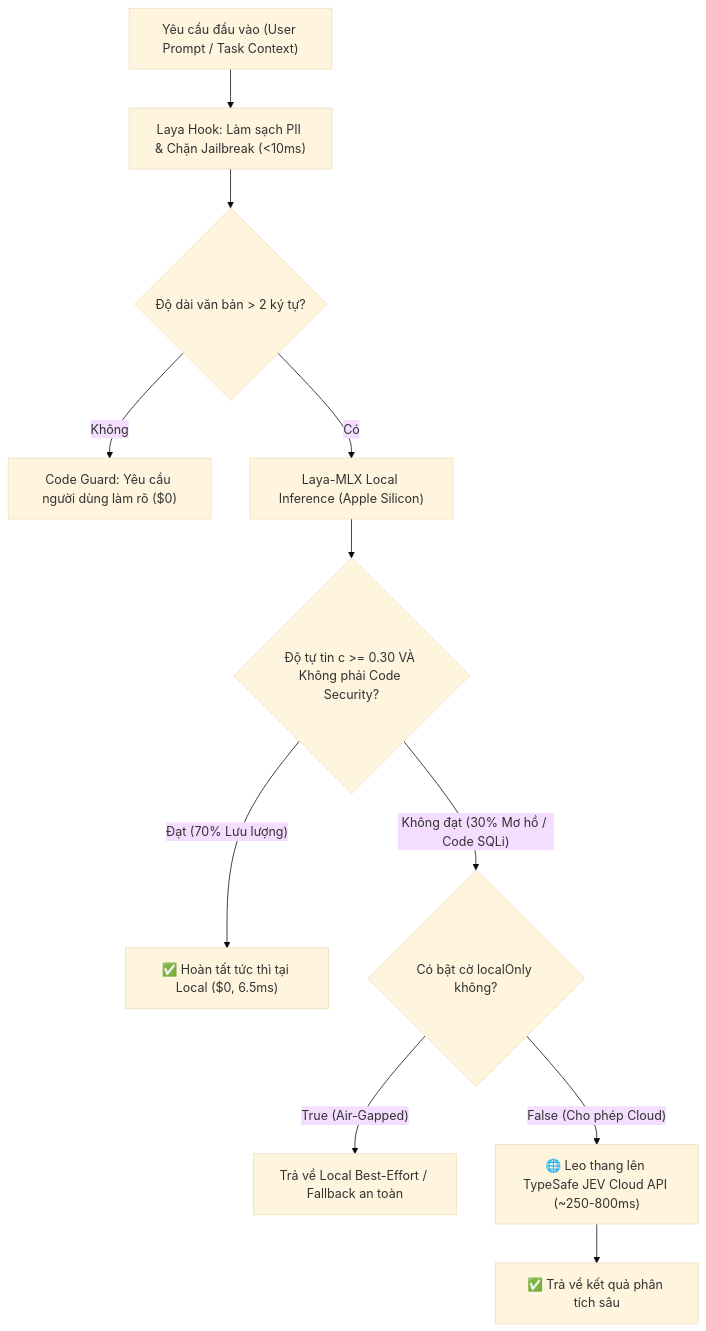
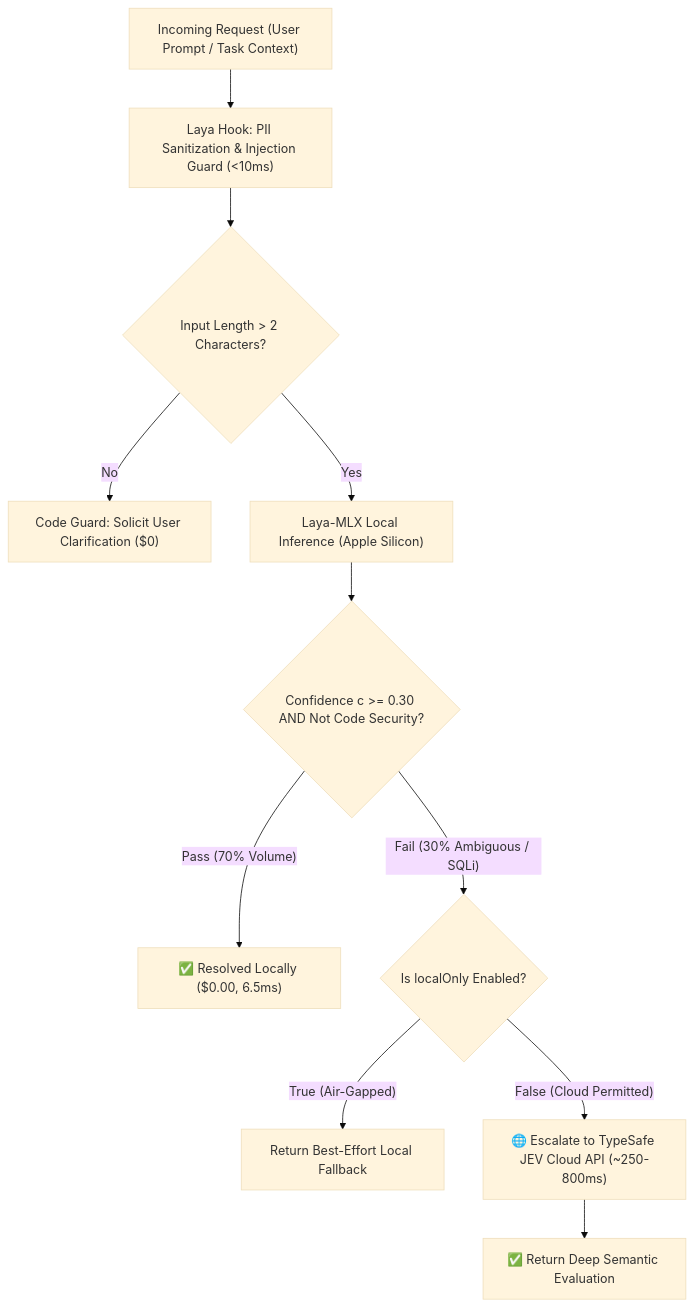
The third of 4 diagrams in docs/case-study.md (jangtrinh/design-os-system-one), drawn with Mermaid (base theme) before and after one commit. The commit also changed other lines of this file and 261 other files, not shown here.

Commit message:
feat(system-one): integrate Laya-MLX, cascade lab, setup scripts, and translate documentation to English

````diff
--- a/docs/case-study.md
+++ b/docs/case-study.md
@@ -221,15 +219,15 @@
 ```mermaid
 flowchart TD
-    Req["Yêu cầu đầu vào (User Prompt / Task Context)"] --> PII["Laya Hook: Làm sạch PII & Chặn Jailbreak (<10ms)"]
-    PII --> PreCheck{"Độ dài văn bản > 2 ký tự?"}
-    PreCheck -- "Không" --> FallbackStatic["Code Guard: Yêu cầu người dùng làm rõ ($0)"]
-    PreCheck -- "Có" --> LocalMLX["Laya-MLX Local Inference (Apple Silicon)"]
+    Req["Incoming Request (User Prompt / Task Context)"] --> PII["Laya Hook: PII Sanitization & Injection Guard (<10ms)"]
+    PII --> PreCheck{"Input Length > 2 Characters?"}
+    PreCheck -- "No" --> FallbackStatic["Code Guard: Solicit User Clarification ($0)"]
+    PreCheck -- "Yes" --> LocalMLX["Laya-MLX Local Inference (Apple Silicon)"]
     
-    LocalMLX --> ConfEval{"Độ tự tin c >= 0.30 VÀ Không phải Code Security?"}
-    ConfEval -- "Đạt (70% Lưu lượng)" --> LocalDone["✅ Hoàn tất tức thì tại Local ($0, 6.5ms)"]
-    ConfEval -- "Không đạt (30% Mơ hồ / Code SQLi)" --> CloudCheck{"Có bật cờ localOnly không?"}
+    LocalMLX --> ConfEval{"Confidence c >= 0.30 AND Not Code Security?"}
+    ConfEval -- "Pass (70% Volume)" --> LocalDone["✅ Resolved Locally ($0.00, 6.5ms)"]
+    ConfEval -- "Fail (30% Ambiguous / SQLi)" --> CloudCheck{"Is localOnly Enabled?"}
     
-    CloudCheck -- "True (Air-Gapped)" --> SafeLocal["Trả về Local Best-Effort / Fallback an toàn"]
-    CloudCheck -- "False (Cho phép Cloud)" --> CloudJEV["🌐 Leo thang lên TypeSafe JEV Cloud API (~250-800ms)"]
-    CloudJEV --> CloudDone["✅ Trả về kết quả phân tích sâu"]
+    CloudCheck -- "True (Air-Gapped)" --> SafeLocal["Return Best-Effort Local Fallback"]
+    CloudCheck -- "False (Cloud Permitted)" --> CloudJEV["🌐 Escalate to TypeSafe JEV Cloud API (~250-800ms)"]
+    CloudJEV --> CloudDone["✅ Return Deep Semantic Evaluation"]
 ```
````
